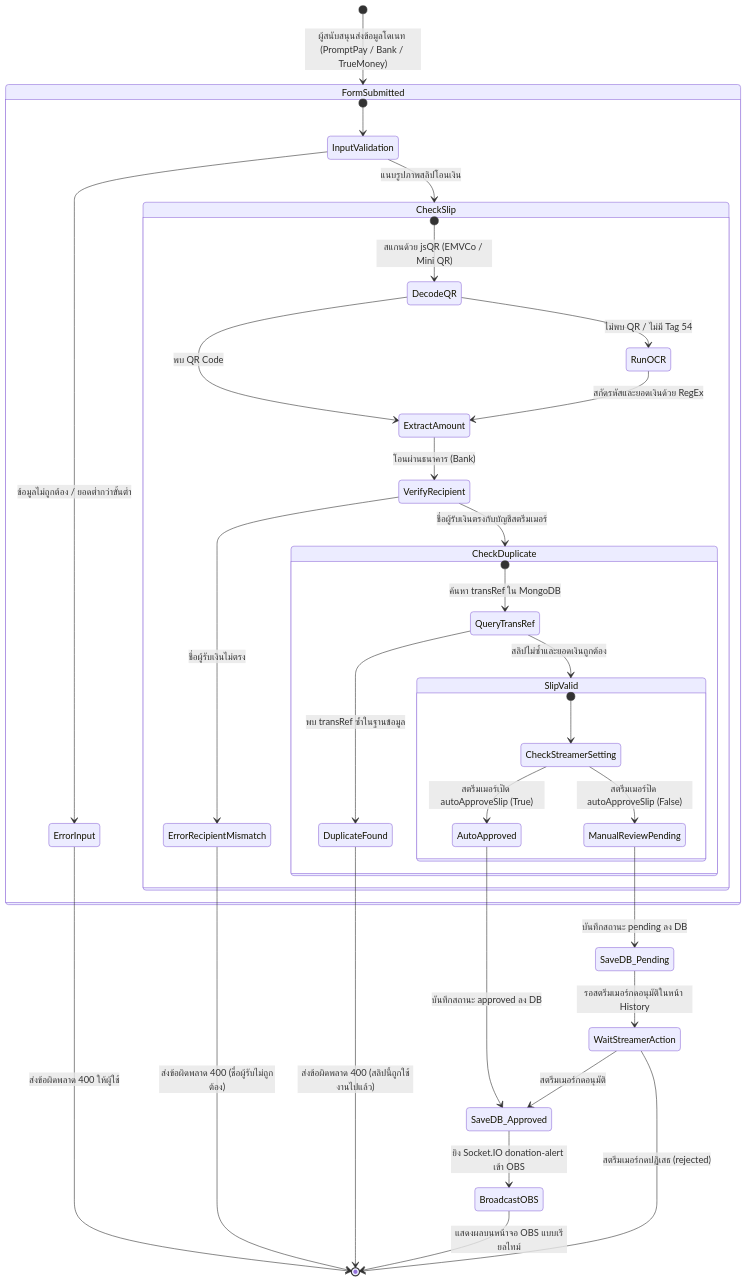
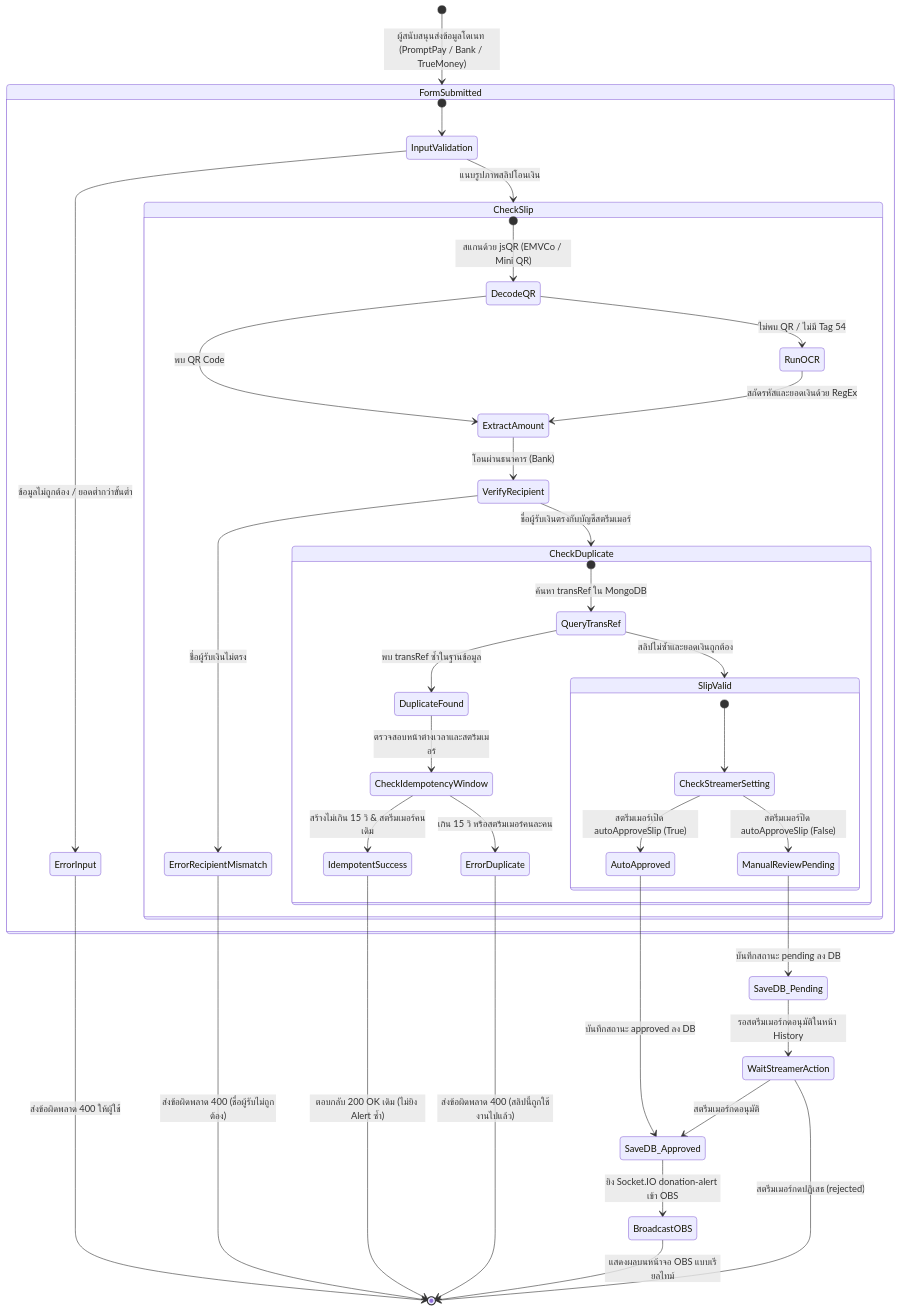
One commit to NekomaNaJa/Final-Project changed the second of 2 diagrams in AGENTS.md. Above: the diagram before and after it, drawn with Mermaid. The commit also changed other lines of this file, not shown here.

Commit message:
docs: update AGENTS.md with Phase 10, 514 tests, idempotency architecture, and chapters 1-5 report guide

````diff
--- a/AGENTS.md
+++ b/AGENTS.md
@@ -846,47 +891,52 @@
 ```mermaid
 stateDiagram-v2
     [*] --> FormSubmitted: ผู้สนับสนุนส่งข้อมูลโดเนท (PromptPay / Bank / TrueMoney)
     
     state FormSubmitted {
         [*] --> InputValidation
         InputValidation --> CheckSlip: แนบรูปภาพสลิปโอนเงิน
         InputValidation --> ErrorInput: ข้อมูลไม่ถูกต้อง / ยอดต่ำกว่าขั้นต่ำ
     }
     
     ErrorInput --> [*]: ส่งข้อผิดพลาด 400 ให้ผู้ใช้
     
     state CheckSlip {
         [*] --> DecodeQR: สแกนด้วย jsQR (EMVCo / Mini QR)
         DecodeQR --> ExtractAmount: พบ QR Code
         DecodeQR --> RunOCR: ไม่พบ QR / ไม่มี Tag 54
         RunOCR --> ExtractAmount: สกัดรหัสและยอดเงินด้วย RegEx
         ExtractAmount --> VerifyRecipient: โอนผ่านธนาคาร (Bank)
         VerifyRecipient --> CheckDuplicate: ชื่อผู้รับเงินตรงกับบัญชีสตรีมเมอร์
         VerifyRecipient --> ErrorRecipientMismatch: ชื่อผู้รับเงินไม่ตรง
     }
     
     ErrorRecipientMismatch --> [*]: ส่งข้อผิดพลาด 400 (ชื่อผู้รับไม่ถูกต้อง)
     
     state CheckDuplicate {
         [*] --> QueryTransRef: ค้นหา transRef ใน MongoDB
         QueryTransRef --> DuplicateFound: พบ transRef ซ้ำในฐานข้อมูล
         QueryTransRef --> SlipValid: สลิปไม่ซ้ำและยอดเงินถูกต้อง
+        
+        DuplicateFound --> CheckIdempotencyWindow: ตรวจสอบหน้าต่างเวลาและสตรีมเมอร์
+        CheckIdempotencyWindow --> IdempotentSuccess: สร้างไม่เกิน 15 วิ & สตรีมเมอร์คนเดิม
+        CheckIdempotencyWindow --> ErrorDuplicate: เกิน 15 วิ หรือสตรีมเมอร์คนละคน
     }
     
-    DuplicateFound --> [*]: ส่งข้อผิดพลาด 400 (สลิปนี้ถูกใช้งานไปแล้ว)
+    IdempotentSuccess --> [*]: ตอบกลับ 200 OK เดิม (ไม่ยิง Alert ซ้ำ)
+    ErrorDuplicate --> [*]: ส่งข้อผิดพลาด 400 (สลิปนี้ถูกใช้งานไปแล้ว)
     
     state SlipValid {
         [*] --> CheckStreamerSetting
         CheckStreamerSetting --> AutoApproved: สตรีมเมอร์เปิด autoApproveSlip (True)
         CheckStreamerSetting --> ManualReviewPending: สตรีมเมอร์ปิด autoApproveSlip (False)
     }
     
     AutoApproved --> SaveDB_Approved: บันทึกสถานะ approved ลง DB
     ManualReviewPending --> SaveDB_Pending: บันทึกสถานะ pending ลง DB
     
     SaveDB_Approved --> BroadcastOBS: ยิง Socket.IO donation-alert เข้า OBS
     BroadcastOBS --> [*]: แสดงผลบนหน้าจอ OBS แบบเรียลไทม์
     SaveDB_Pending --> WaitStreamerAction: รอสตรีมเมอร์กดอนุมัติในหน้า History
     WaitStreamerAction --> SaveDB_Approved: สตรีมเมอร์กดอนุมัติ
     WaitStreamerAction --> [*]: สตรีมเมอร์กดปฏิเสธ (rejected)
 ```
````
